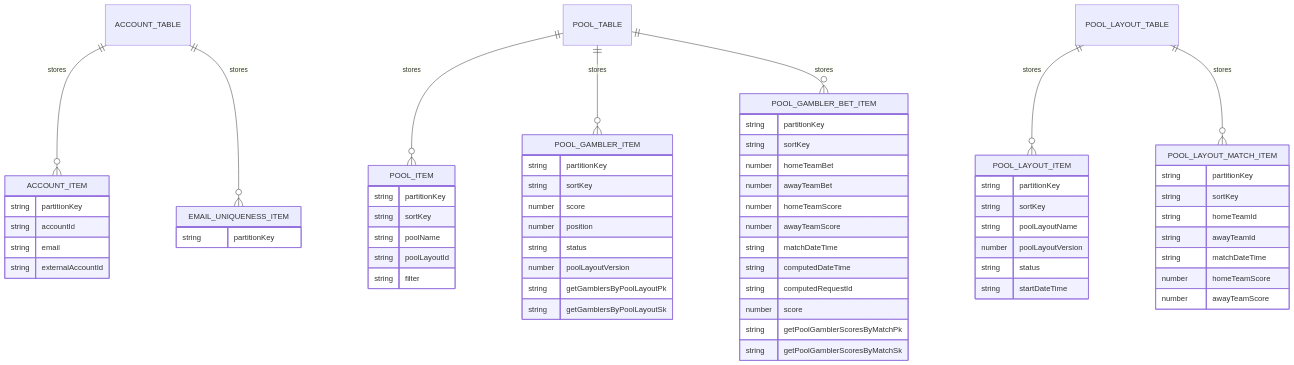
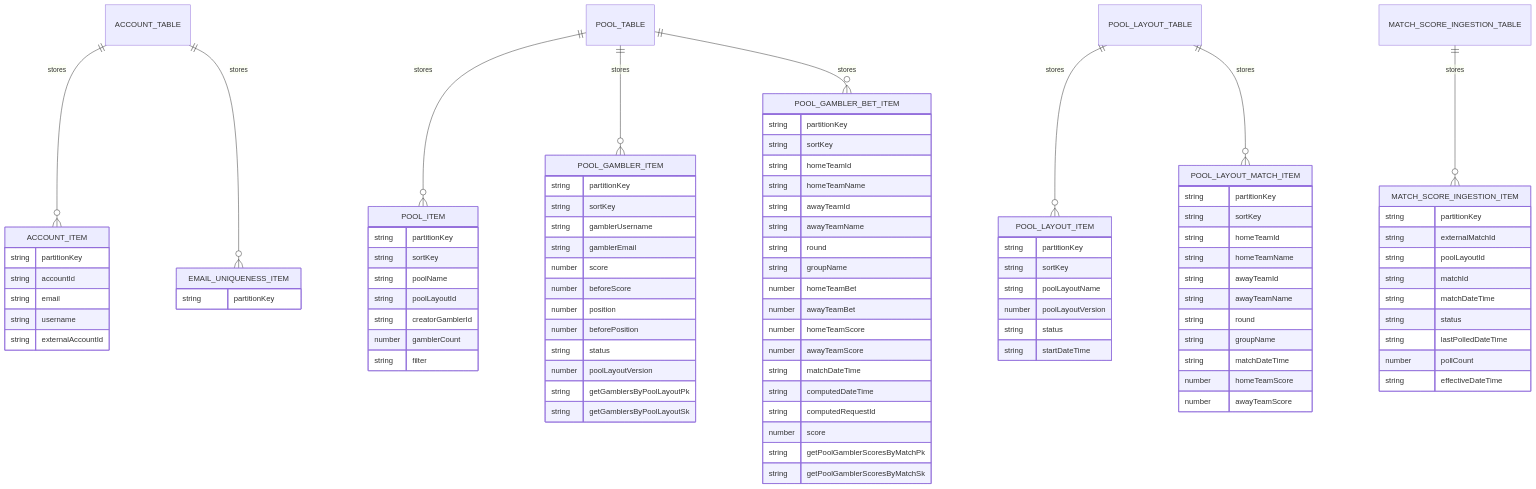
Before and after one commit to felipearpa/tyche: the diagram in docs/database-model.md, drawn with Mermaid. The commit also changed other lines of this file and 298 other files, not shown here.

````diff
--- a/docs/database-model.md
+++ b/docs/database-model.md
@@ -18,11 +18,13 @@
     POOL_TABLE ||--o{ POOL_GAMBLER_BET_ITEM : stores
     POOL_LAYOUT_TABLE ||--o{ POOL_LAYOUT_ITEM : stores
     POOL_LAYOUT_TABLE ||--o{ POOL_LAYOUT_MATCH_ITEM : stores
+    MATCH_SCORE_INGESTION_TABLE ||--o{ MATCH_SCORE_INGESTION_ITEM : stores
 
     ACCOUNT_ITEM {
         string partitionKey
         string accountId
         string email
+        string username
         string externalAccountId
     }
     EMAIL_UNIQUENESS_ITEM {
@@ -34,13 +36,19 @@
         string sortKey
         string poolName
         string poolLayoutId
+        string creatorGamblerId
+        number gamblerCount
         string filter
     }
     POOL_GAMBLER_ITEM {
         string partitionKey
         string sortKey
+        string gamblerUsername
+        string gamblerEmail
         number score
+        number beforeScore
         number position
+        number beforePosition
         string status
         number poolLayoutVersion
         string getGamblersByPoolLayoutPk
@@ -49,6 +57,12 @@
     POOL_GAMBLER_BET_ITEM {
         string partitionKey
         string sortKey
+        string homeTeamId
+        string homeTeamName
+        string awayTeamId
+        string awayTeamName
+        string round
+        string groupName
         number homeTeamBet
         number awayTeamBet
         number homeTeamScore
@@ -73,9 +87,24 @@
         string partitionKey
         string sortKey
         string homeTeamId
+        string homeTeamName
         string awayTeamId
+        string awayTeamName
+        string round
+        string groupName
         string matchDateTime
         number homeTeamScore
         number awayTeamScore
     }
+    MATCH_SCORE_INGESTION_ITEM {
+        string partitionKey
+        string externalMatchId
+        string poolLayoutId
+        string matchId
+        string matchDateTime
+        string status
+        string lastPolledDateTime
+        number pollCount
+        string effectiveDateTime
+    }
 ```
````
